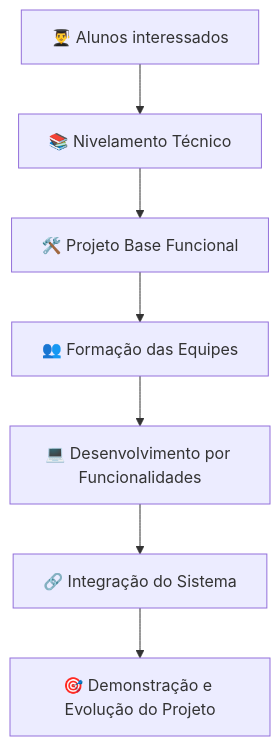
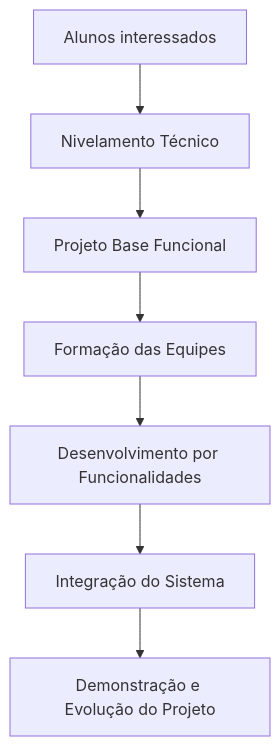
One commit to mfsjunior/SoftwareFactoryLab-Projecao changed the first of 3 diagrams in readme.md. Above: the diagram before and after it, drawn with Mermaid. The commit also changed other lines of this file, not shown here.

Commit message:
Fix Mermaid diagrams removing emojis from nodes

````diff
--- a/readme.md
+++ b/readme.md
@@ -21,9 +21,9 @@
 ```mermaid
 flowchart TB
-    A[👨‍🎓 Alunos interessados] --> B[📚 Nivelamento Técnico]
-    B --> C[🛠️ Projeto Base Funcional]
-    C --> D[👥 Formação das Equipes]
-    D --> E[💻 Desenvolvimento por Funcionalidades]
-    E --> F[🔗 Integração do Sistema]
-    F --> G[🎯 Demonstração e Evolução do Projeto]
+    A[Alunos interessados] --> B[Nivelamento Técnico]
+    B --> C[Projeto Base Funcional]
+    C --> D[Formação das Equipes]
+    D --> E[Desenvolvimento por Funcionalidades]
+    E --> F[Integração do Sistema]
+    F --> G[Demonstração e Evolução do Projeto]
 ```
````
